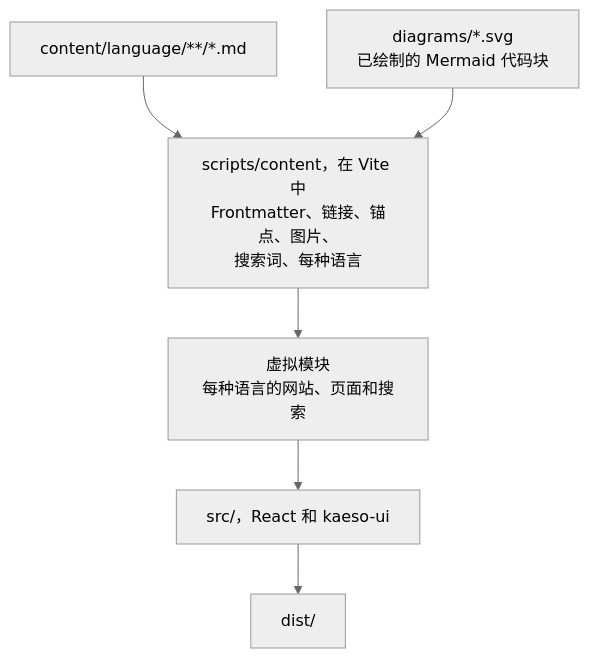
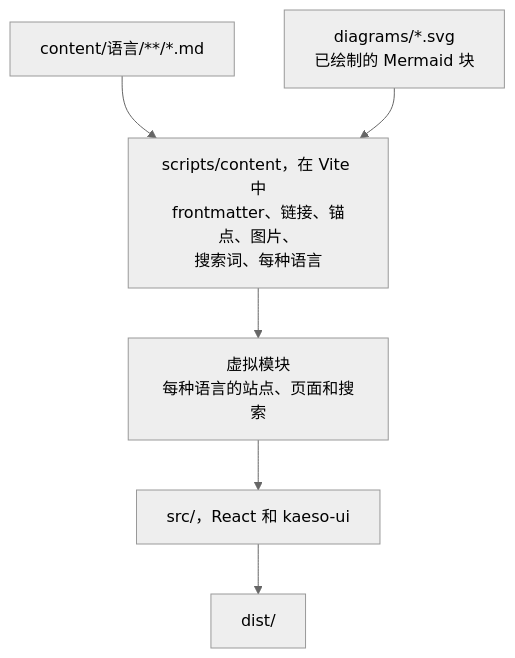
One commit to logicplanes/kaeso changed the diagram in apps/docs/content/zh-CN/development/architecture/docs-site.md. Above: the diagram before and after it, drawn with Mermaid (neutral theme). The commit also changed other lines of this file and 24 other files, not shown here.

````diff
--- a/apps/docs/content/zh-CN/development/architecture/docs-site.md
+++ b/apps/docs/content/zh-CN/development/architecture/docs-site.md
@@ -9,10 +9,10 @@
 ```mermaid
 flowchart TD
-  accTitle: 从 Markdown 到网站
-  accDescr: 构建时，scripts/content 读取 content 中的页面和 diagrams 中已绘制的图示，检查它们，并为每种语言的网站、每个页面和搜索写出虚拟模块。src 中的 React 应用用 UI 库绘制它们，Vite 写出 dist。
-  pages[content/language/**/*.md] --> content[scripts/content，在 Vite 中<br>Frontmatter、链接、锚点、图片、<br>搜索词、每种语言]
-  diagrams[diagrams/*.svg<br>已绘制的 Mermaid 代码块] --> content
-  content --> modules[虚拟模块<br>每种语言的网站、页面和搜索]
+  accTitle: 从 Markdown 到站点
+  accDescr: 构建时，scripts/content 读取 content 中的页面和 diagrams 中已绘制的图示，进行检查，并为每种语言的站点、每个页面和搜索写出虚拟模块。src 中的 React 应用用 UI 库绘制它们，Vite 写出 dist。
+  pages[content/语言/**/*.md] --> content[scripts/content，在 Vite 中<br>frontmatter、链接、锚点、图片、<br>搜索词、每种语言]
+  diagrams[diagrams/*.svg<br>已绘制的 Mermaid 块] --> content
+  content --> modules[虚拟模块<br>每种语言的站点、页面和搜索]
   modules --> app[src/，React 和 kaeso-ui]
   app --> dist[dist/]
 ```
````
